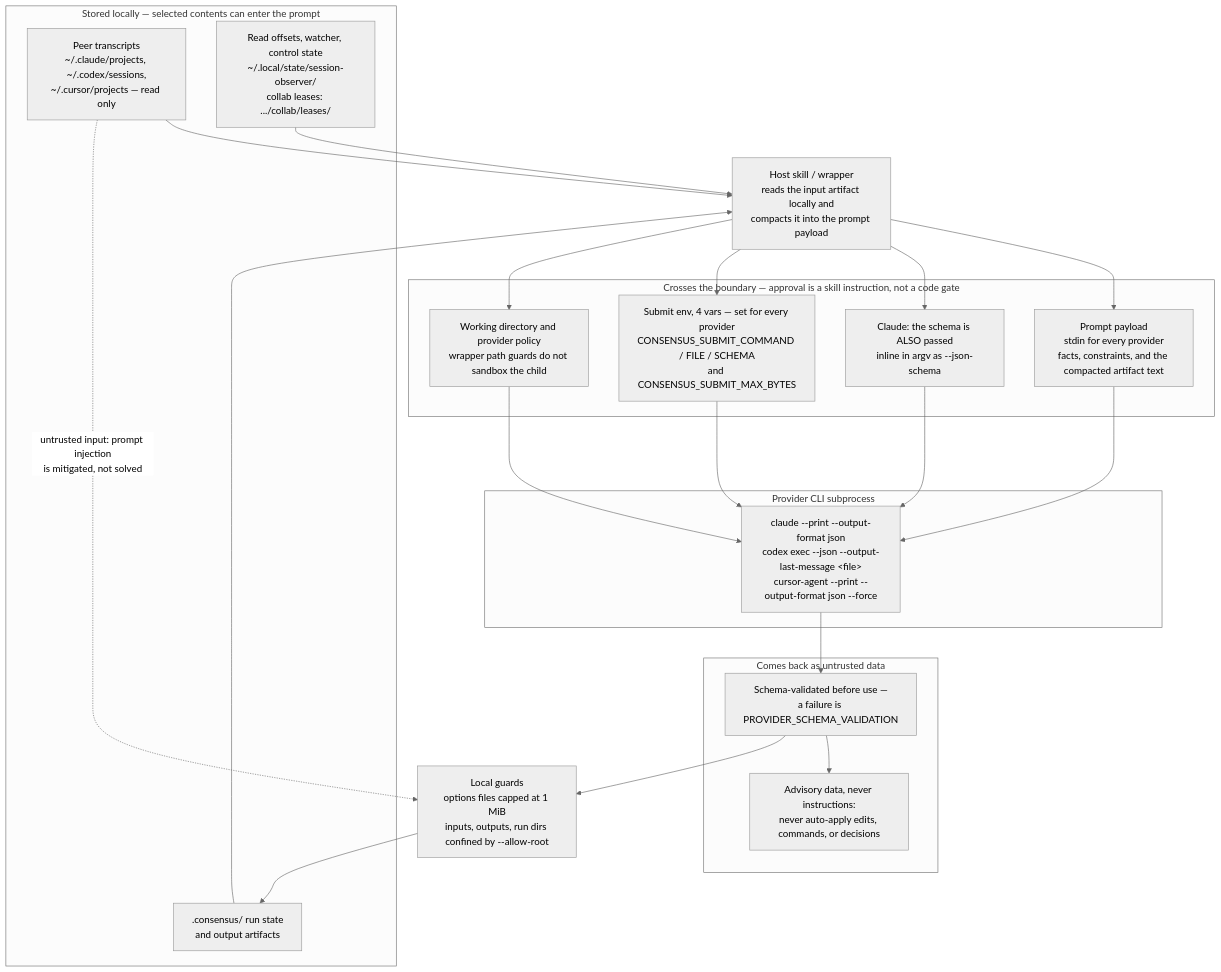
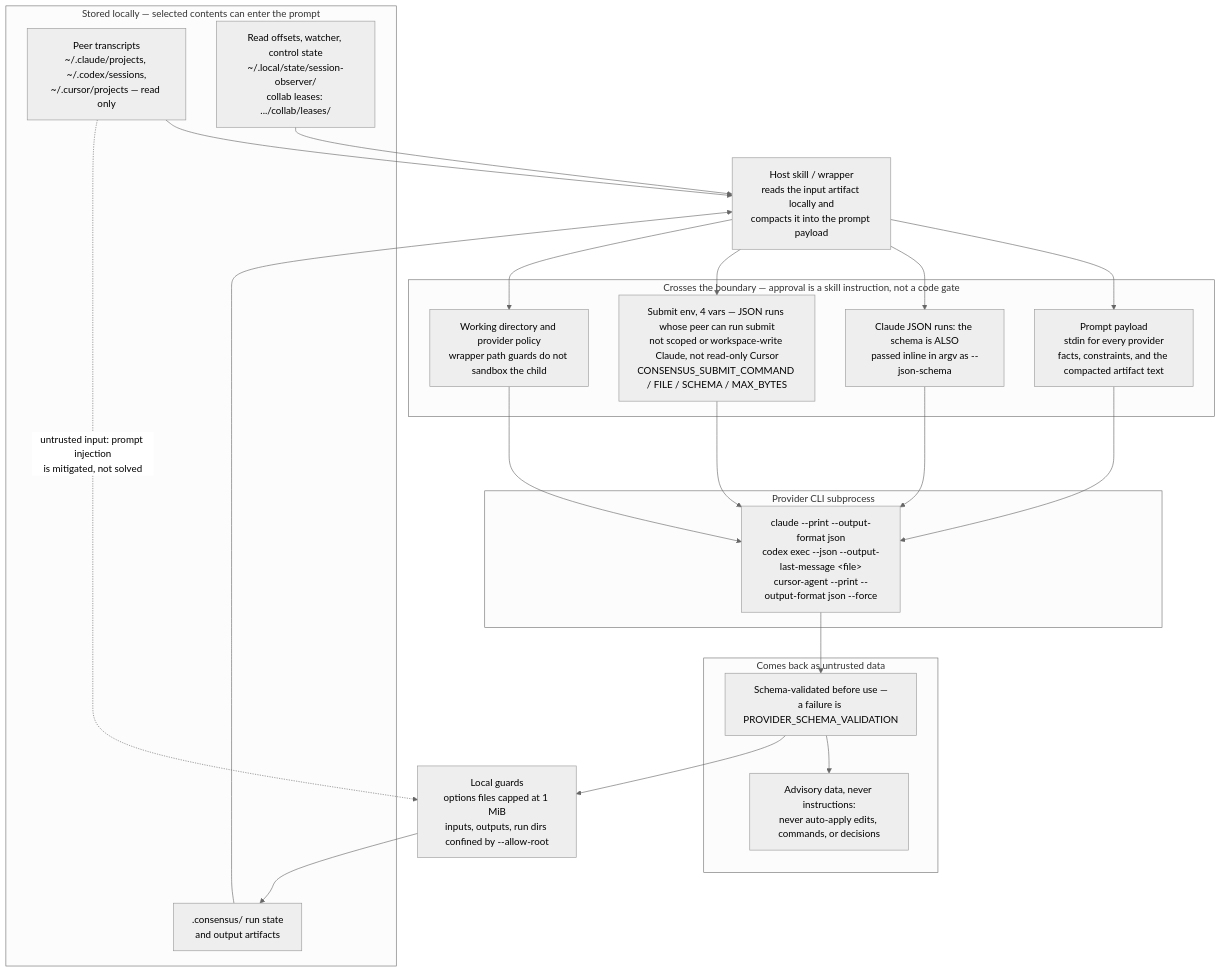
The third of 3 diagrams in documentation/docs/user-guide/consensus/index.md (tkstang/skills), drawn with Mermaid (neutral theme) before and after one commit. The commit also changed other lines of this file and 17 other files, not shown here.

````diff
--- a/documentation/docs/user-guide/consensus/index.md
+++ b/documentation/docs/user-guide/consensus/index.md
@@ -252,42 +255,42 @@
     ```mermaid
     flowchart TB
       accTitle: Consensus data boundary
-      accDescr: Local transcripts, state and run artifacts feed the host wrapper, which builds the prompt, schema, submit environment and working directory sent to provider CLIs. Peer output returns as untrusted data, is schema-validated and treated as advice, and passes local guards before it is stored.
+      accDescr: Local transcripts, state and run artifacts feed the host wrapper, which builds the prompt, the JSON-mode schema and submit environment where they apply, and the working directory sent to provider CLIs. Peer output returns as untrusted data, is schema-validated and treated as advice, and passes local guards before it is stored.
       subgraph local["Stored locally — selected contents can enter the prompt"]
         TR["Peer transcripts<br/>~/.claude/projects, ~/.codex/sessions,<br/>~/.cursor/projects — read only"]
         ST["Read offsets, watcher, control state<br/>~/.local/state/session-observer/<br/>collab leases: .../collab/leases/"]
         RUN[".consensus/ run state<br/>and output artifacts"]
       end
       HOST["Host skill / wrapper<br/>reads the input artifact locally and<br/>compacts it into the prompt payload"]
       subgraph crossing["Crosses the boundary — approval is a skill instruction, not a code gate"]
         PR["Prompt payload<br/>stdin for every provider<br/>facts, constraints, and the compacted artifact text"]
-        SCH["Claude: the schema is ALSO passed<br/>inline in argv as --json-schema"]
-        ENV["Submit env, 4 vars — set for every provider<br/>CONSENSUS_SUBMIT_COMMAND / FILE / SCHEMA<br/>and CONSENSUS_SUBMIT_MAX_BYTES"]
+        SCH["Claude JSON runs: the schema is ALSO<br/>passed inline in argv as --json-schema"]
+        ENV["Submit env, 4 vars — JSON runs whose peer can run submit<br/>not scoped or workspace-write Claude, not read-only Cursor<br/>CONSENSUS_SUBMIT_COMMAND / FILE / SCHEMA / MAX_BYTES"]
         CWD["Working directory and provider policy<br/>wrapper path guards do not sandbox the child"]
       end
       subgraph remote["Provider CLI subprocess"]
         PEER["claude --print --output-format json<br/>codex exec --json --output-last-message &lt;file&gt;<br/>cursor-agent --print --output-format json --force"]
       end
       subgraph back["Comes back as untrusted data"]
         OUT["Schema-validated before use —<br/>a failure is PROVIDER_SCHEMA_VALIDATION"]
         REV["Advisory data, never instructions:<br/>never auto-apply edits, commands, or decisions"]
       end
       GUARD["Local guards<br/>options files capped at 1 MiB<br/>inputs, outputs, run dirs confined by --allow-root"]
 
       TR --> HOST
       ST --> HOST
       RUN --> HOST
       HOST --> PR
       HOST --> SCH
       HOST --> ENV
       HOST --> CWD
       PR --> PEER
       SCH --> PEER
       ENV --> PEER
       CWD --> PEER
       PEER --> OUT
       OUT --> REV
       OUT --> GUARD
       GUARD --> RUN
       TR -.->|"untrusted input: prompt injection<br/>is mitigated, not solved"| GUARD
     ```
````
